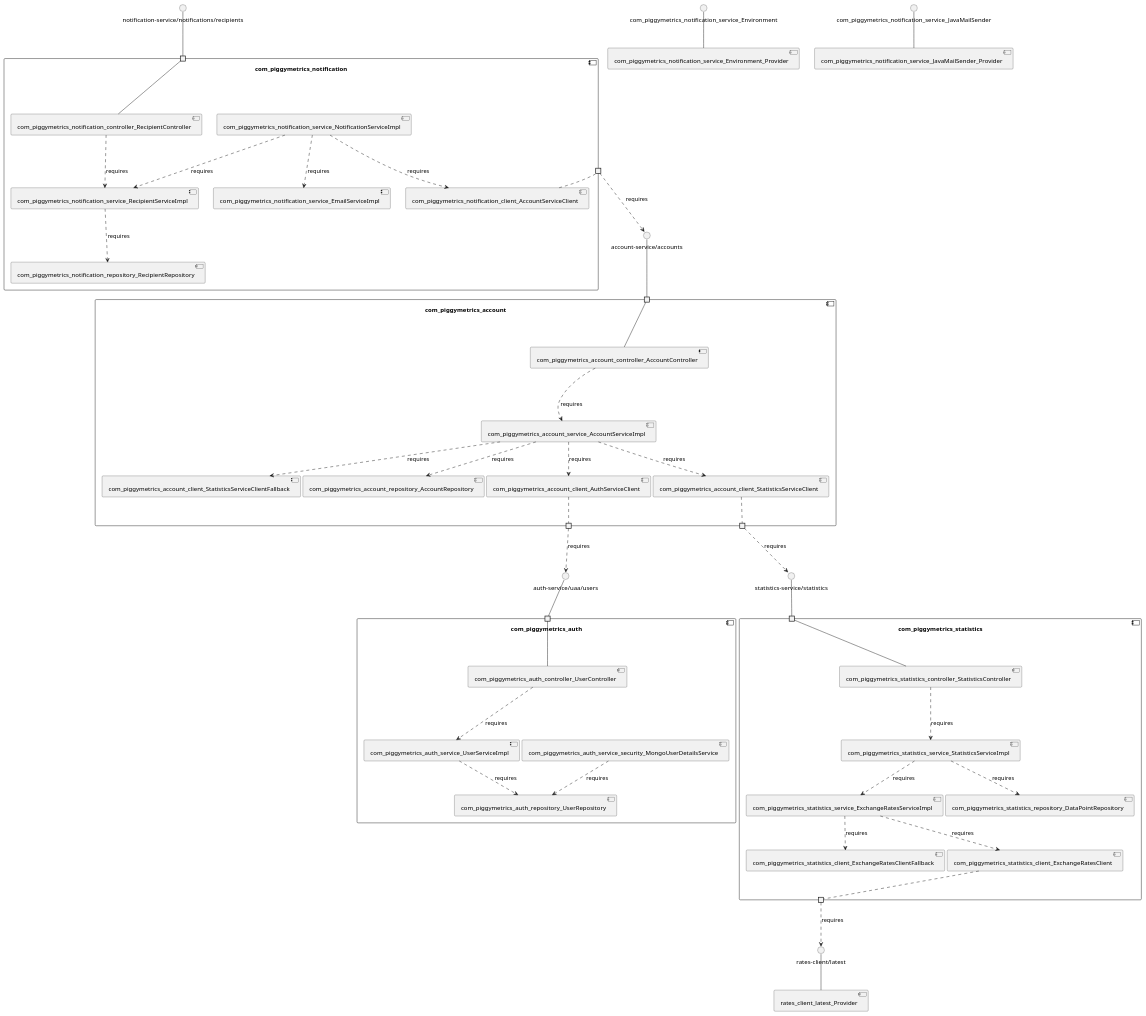
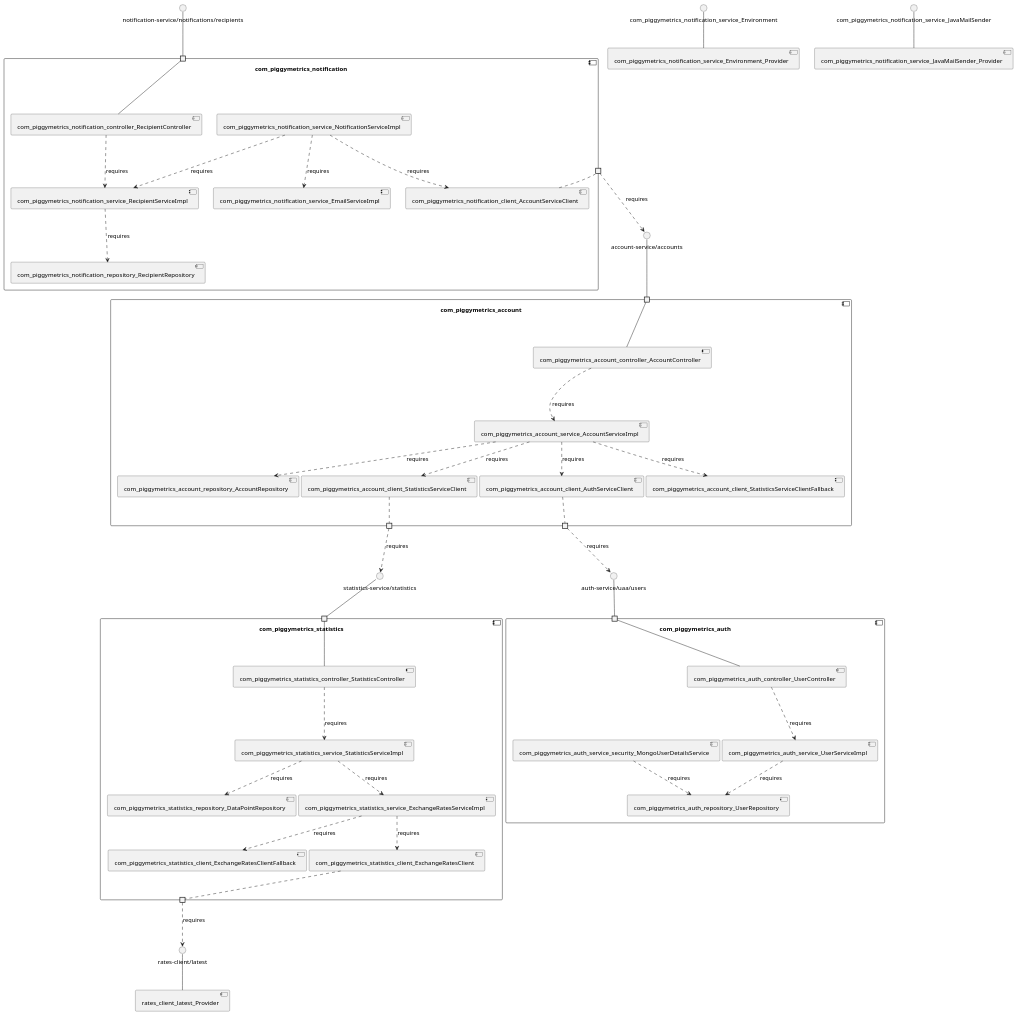
Before and after one commit to MSt-10/Palladio-ReverseEngineering-Benchmark: the diagram in sqshq-piggymetrics/model_re/uml/componentDiagram.puml, drawn with PlantUML. The commit also changed other lines of this file and 279 other files, not shown here.

```diff
--- a/sqshq-piggymetrics/model_re/uml/componentDiagram.puml
+++ b/sqshq-piggymetrics/model_re/uml/componentDiagram.puml
@@ -1,91 +1,91 @@
 @startuml
 skinparam fixCircleLabelOverlapping true
 skinparam componentStyle uml2
 component "com_piggymetrics_account\n\n\n\n\n\n" {
-[com_piggymetrics_account_client_AuthServiceClient]
 [com_piggymetrics_account_client_StatisticsServiceClientFallback]
 [com_piggymetrics_account_repository_AccountRepository]
+[com_piggymetrics_account_client_AuthServiceClient]
+[com_piggymetrics_account_controller_AccountController]
 [com_piggymetrics_account_client_StatisticsServiceClient]
-[com_piggymetrics_account_controller_AccountController]
 [com_piggymetrics_account_service_AccountServiceImpl]
 portin " " as com_piggymetrics_account_requires_account_service_accounts
+portout " " as com_piggymetrics_account_provides_statistics_service_statistics
 portout " " as com_piggymetrics_account_provides_auth_service_uaa_users
-portout " " as com_piggymetrics_account_provides_statistics_service_statistics
+[com_piggymetrics_account_service_AccountServiceImpl]..>[com_piggymetrics_account_repository_AccountRepository] : requires
+[com_piggymetrics_account_service_AccountServiceImpl]..>[com_piggymetrics_account_client_StatisticsServiceClient] : requires
+[com_piggymetrics_account_controller_AccountController]..>[com_piggymetrics_account_service_AccountServiceImpl] : requires
 [com_piggymetrics_account_service_AccountServiceImpl]..>[com_piggymetrics_account_client_AuthServiceClient] : requires
-[com_piggymetrics_account_service_AccountServiceImpl]..>[com_piggymetrics_account_repository_AccountRepository] : requires
-[com_piggymetrics_account_controller_AccountController]..>[com_piggymetrics_account_service_AccountServiceImpl] : requires
 [com_piggymetrics_account_service_AccountServiceImpl]..>[com_piggymetrics_account_client_StatisticsServiceClientFallback] : requires
-[com_piggymetrics_account_service_AccountServiceImpl]..>[com_piggymetrics_account_client_StatisticsServiceClient] : requires
 "com_piggymetrics_account_requires_account_service_accounts"--[com_piggymetrics_account_controller_AccountController]
+[com_piggymetrics_account_client_StatisticsServiceClient].."com_piggymetrics_account_provides_statistics_service_statistics"
 [com_piggymetrics_account_client_AuthServiceClient].."com_piggymetrics_account_provides_auth_service_uaa_users"
-[com_piggymetrics_account_client_StatisticsServiceClient].."com_piggymetrics_account_provides_statistics_service_statistics"
 }
 interface "account-service/accounts" as interface.account_service_accounts
 interface.account_service_accounts--"com_piggymetrics_account_requires_account_service_accounts"
 interface "auth-service/uaa/users" as interface.auth_service_uaa_users
 "com_piggymetrics_account_provides_auth_service_uaa_users"..>interface.auth_service_uaa_users : requires
 interface "statistics-service/statistics" as interface.statistics_service_statistics
 "com_piggymetrics_account_provides_statistics_service_statistics"..>interface.statistics_service_statistics : requires
 component "com_piggymetrics_auth\n\n\n\n\n\n" {
+[com_piggymetrics_auth_service_UserServiceImpl]
+[com_piggymetrics_auth_service_security_MongoUserDetailsService]
+[com_piggymetrics_auth_repository_UserRepository]
 [com_piggymetrics_auth_controller_UserController]
-[com_piggymetrics_auth_repository_UserRepository]
-[com_piggymetrics_auth_service_security_MongoUserDetailsService]
-[com_piggymetrics_auth_service_UserServiceImpl]
 portin " " as com_piggymetrics_auth_requires_auth_service_uaa_users
+[com_piggymetrics_auth_controller_UserController]..>[com_piggymetrics_auth_service_UserServiceImpl] : requires
 [com_piggymetrics_auth_service_security_MongoUserDetailsService]..>[com_piggymetrics_auth_repository_UserRepository] : requires
 [com_piggymetrics_auth_service_UserServiceImpl]..>[com_piggymetrics_auth_repository_UserRepository] : requires
-[com_piggymetrics_auth_controller_UserController]..>[com_piggymetrics_auth_service_UserServiceImpl] : requires
 "com_piggymetrics_auth_requires_auth_service_uaa_users"--[com_piggymetrics_auth_controller_UserController]
 }
 interface "auth-service/uaa/users" as interface.auth_service_uaa_users
 interface.auth_service_uaa_users--"com_piggymetrics_auth_requires_auth_service_uaa_users"
 component "com_piggymetrics_notification\n\n\n\n\n\n" {
+[com_piggymetrics_notification_controller_RecipientController]
+[com_piggymetrics_notification_service_RecipientServiceImpl]
+[com_piggymetrics_notification_service_EmailServiceImpl]
 [com_piggymetrics_notification_repository_RecipientRepository]
 [com_piggymetrics_notification_client_AccountServiceClient]
-[com_piggymetrics_notification_controller_RecipientController]
-[com_piggymetrics_notification_service_EmailServiceImpl]
-[com_piggymetrics_notification_service_RecipientServiceImpl]
 [com_piggymetrics_notification_service_NotificationServiceImpl]
 portin " " as com_piggymetrics_notification_requires_notification_service_notifications_recipients
 portout " " as com_piggymetrics_notification_provides_account_service_accounts
+[com_piggymetrics_notification_service_NotificationServiceImpl]..>[com_piggymetrics_notification_client_AccountServiceClient] : requires
+[com_piggymetrics_notification_service_RecipientServiceImpl]..>[com_piggymetrics_notification_repository_RecipientRepository] : requires
 [com_piggymetrics_notification_service_NotificationServiceImpl]..>[com_piggymetrics_notification_service_RecipientServiceImpl] : requires
+[com_piggymetrics_notification_controller_RecipientController]..>[com_piggymetrics_notification_service_RecipientServiceImpl] : requires
 [com_piggymetrics_notification_service_NotificationServiceImpl]..>[com_piggymetrics_notification_service_EmailServiceImpl] : requires
-[com_piggymetrics_notification_service_RecipientServiceImpl]..>[com_piggymetrics_notification_repository_RecipientRepository] : requires
-[com_piggymetrics_notification_controller_RecipientController]..>[com_piggymetrics_notification_service_RecipientServiceImpl] : requires
-[com_piggymetrics_notification_service_NotificationServiceImpl]..>[com_piggymetrics_notification_client_AccountServiceClient] : requires
 "com_piggymetrics_notification_requires_notification_service_notifications_recipients"--[com_piggymetrics_notification_controller_RecipientController]
 [com_piggymetrics_notification_client_AccountServiceClient].."com_piggymetrics_notification_provides_account_service_accounts"
 }
 interface "notification-service/notifications/recipients" as interface.notification_service_notifications_recipients
 interface.notification_service_notifications_recipients--"com_piggymetrics_notification_requires_notification_service_notifications_recipients"
 interface "account-service/accounts" as interface.account_service_accounts
 "com_piggymetrics_notification_provides_account_service_accounts"..>interface.account_service_accounts : requires
 component "com_piggymetrics_statistics\n\n\n\n\n\n" {
+[com_piggymetrics_statistics_controller_StatisticsController]
+[com_piggymetrics_statistics_service_ExchangeRatesServiceImpl]
+[com_piggymetrics_statistics_client_ExchangeRatesClient]
 [com_piggymetrics_statistics_repository_DataPointRepository]
-[com_piggymetrics_statistics_client_ExchangeRatesClient]
-[com_piggymetrics_statistics_service_ExchangeRatesServiceImpl]
+[com_piggymetrics_statistics_client_ExchangeRatesClientFallback]
 [com_piggymetrics_statistics_service_StatisticsServiceImpl]
-[com_piggymetrics_statistics_client_ExchangeRatesClientFallback]
-[com_piggymetrics_statistics_controller_StatisticsController]
 portin " " as com_piggymetrics_statistics_requires_statistics_service_statistics
 portout " " as com_piggymetrics_statistics_provides_rates_client_latest
 [com_piggymetrics_statistics_service_ExchangeRatesServiceImpl]..>[com_piggymetrics_statistics_client_ExchangeRatesClient] : requires
-[com_piggymetrics_statistics_service_ExchangeRatesServiceImpl]..>[com_piggymetrics_statistics_client_ExchangeRatesClientFallback] : requires
-[com_piggymetrics_statistics_service_StatisticsServiceImpl]..>[com_piggymetrics_statistics_repository_DataPointRepository] : requires
 [com_piggymetrics_statistics_controller_StatisticsController]..>[com_piggymetrics_statistics_service_StatisticsServiceImpl] : requires
 [com_piggymetrics_statistics_service_StatisticsServiceImpl]..>[com_piggymetrics_statistics_service_ExchangeRatesServiceImpl] : requires
+[com_piggymetrics_statistics_service_StatisticsServiceImpl]..>[com_piggymetrics_statistics_repository_DataPointRepository] : requires
+[com_piggymetrics_statistics_service_ExchangeRatesServiceImpl]..>[com_piggymetrics_statistics_client_ExchangeRatesClientFallback] : requires
 "com_piggymetrics_statistics_requires_statistics_service_statistics"--[com_piggymetrics_statistics_controller_StatisticsController]
 [com_piggymetrics_statistics_client_ExchangeRatesClient].."com_piggymetrics_statistics_provides_rates_client_latest"
 }
 interface "statistics-service/statistics" as interface.statistics_service_statistics
 interface.statistics_service_statistics--"com_piggymetrics_statistics_requires_statistics_service_statistics"
 interface "rates-client/latest" as interface.rates_client_latest
 "com_piggymetrics_statistics_provides_rates_client_latest"..>interface.rates_client_latest : requires
 interface "com_piggymetrics_notification_service_Environment" as interface.com_piggymetrics_notification_service_Environment
 interface.com_piggymetrics_notification_service_Environment--[com_piggymetrics_notification_service_Environment_Provider]
 interface "com_piggymetrics_notification_service_JavaMailSender" as interface.com_piggymetrics_notification_service_JavaMailSender
 interface.com_piggymetrics_notification_service_JavaMailSender--[com_piggymetrics_notification_service_JavaMailSender_Provider]
 interface "rates-client/latest" as interface.rates_client_latest
 interface.rates_client_latest--[rates_client_latest_Provider]
 
 @enduml
```
